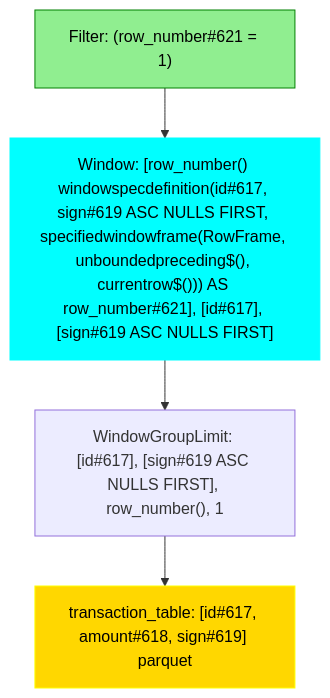
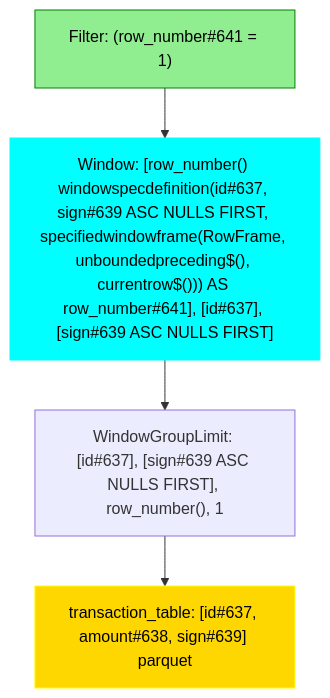
The diagram in data/visualization/window_column_4.mmd (NielkNetraam/explainalyzed), drawn with Mermaid before and after one commit. The commit also changed 31 other files, not shown here.

```diff
--- a/data/visualization/window_column_4.mmd
+++ b/data/visualization/window_column_4.mmd
@@ -1,17 +1,17 @@
 flowchart TD
     classDef PROJECT stroke:Blue,fill:LightBlue,color:black
     classDef FILTER stroke:Green,fill:LightGreen,color:black
     classDef UNION stroke:Purple,fill:Violet,color:black
     classDef JOIN stroke:DarkOrange,fill:Orange,color:black
     classDef RELATION stroke:Yellow,fill:Gold,color:black
     classDef AGGREGATE stroke:Brown,fill:Chocolate,color:black
     classDef WINDOW stroke:Aqua,fill:Cyan,color:black
 
-    Filter#00001["Filter: (row_number#621 = 1)"]:::FILTER
-    Window#00002["Window: [row_number() windowspecdefinition(id#617, sign#619 ASC NULLS FIRST, specifiedwindowframe(RowFrame, unboundedpreceding$(), currentrow$())) AS row_number#621], [id#617], [sign#619 ASC NULLS FIRST]"]:::WINDOW
-    WindowGroupLimit#00003["WindowGroupLimit: [id#617], [sign#619 ASC NULLS FIRST], row_number(), 1"]:::WINDOWGROUPLIMIT
-    Relation#00004["transaction_table: [id#617, amount#618, sign#619] parquet"]:::RELATION
+    Filter#00001["Filter: (row_number#641 = 1)"]:::FILTER
+    Window#00002["Window: [row_number() windowspecdefinition(id#637, sign#639 ASC NULLS FIRST, specifiedwindowframe(RowFrame, unboundedpreceding$(), currentrow$())) AS row_number#641], [id#637], [sign#639 ASC NULLS FIRST]"]:::WINDOW
+    WindowGroupLimit#00003["WindowGroupLimit: [id#637], [sign#639 ASC NULLS FIRST], row_number(), 1"]:::WINDOWGROUPLIMIT
+    Relation#00004["transaction_table: [id#637, amount#638, sign#639] parquet"]:::RELATION
 
     Filter#00001 --> Window#00002
         Window#00002 --> WindowGroupLimit#00003
             WindowGroupLimit#00003 --> Relation#00004
```
